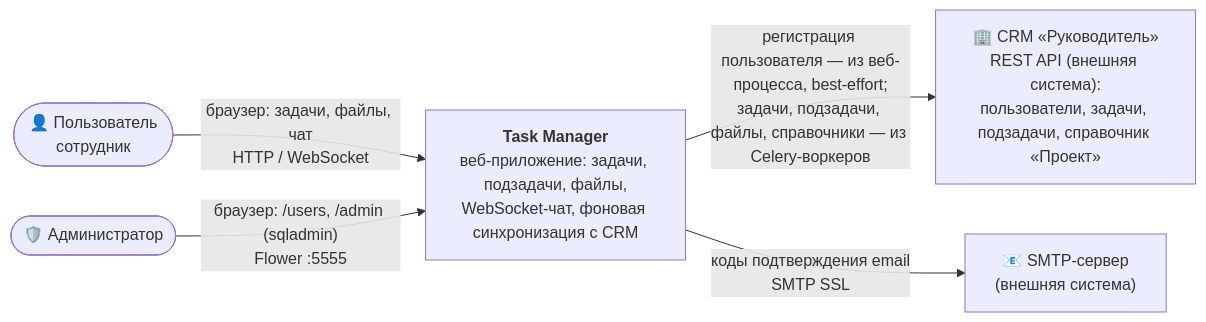
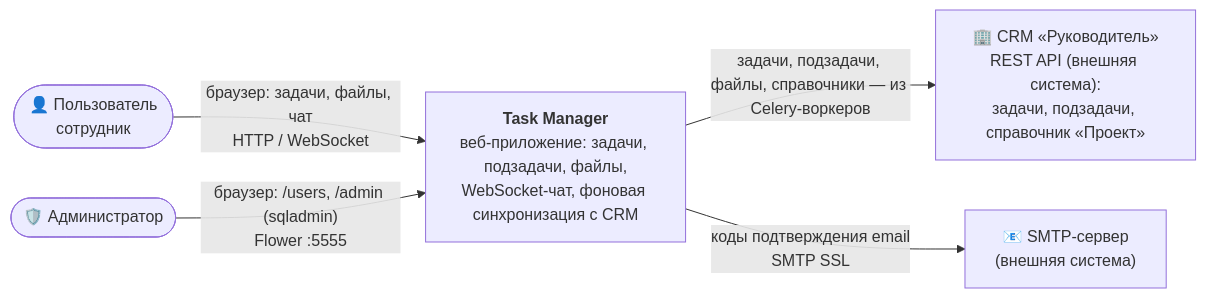
Before and after one commit to bodyauza/task-manager: the first of 7 diagrams in README.md, drawn with Mermaid. The commit also changed other lines of this file and 27 other files, not shown here.

First line of the commit message:
fix(auth,crm-outbox): убрана CRM-регистрация пользователей, устранена гонка обгона событий outbox

````diff
--- a/README.md
+++ b/README.md
@@ -128,13 +123,13 @@
 ```mermaid
 flowchart LR
     user(["👤 Пользователь<br/>сотрудник"])
     admin(["🛡️ Администратор"])
     tm["<b>Task Manager</b><br/>веб-приложение: задачи, подзадачи, файлы,<br/>WebSocket-чат, фоновая синхронизация с CRM"]
-    crm["🏢 CRM «Руководитель»<br/>REST API (внешняя система):<br/>пользователи, задачи, подзадачи, справочник «Проект»"]
+    crm["🏢 CRM «Руководитель»<br/>REST API (внешняя система):<br/>задачи, подзадачи, справочник «Проект»"]
     smtp["📧 SMTP-сервер<br/>(внешняя система)"]
 
     user -->|"браузер: задачи, файлы, чат<br/>HTTP / WebSocket"| tm
     admin -->|"браузер: /users, /admin (sqladmin)<br/>Flower :5555"| tm
-    tm -->|"регистрация пользователя — из веб-процесса, best-effort;<br/>задачи, подзадачи, файлы, справочники — из Celery-воркеров"| crm
+    tm -->|"задачи, подзадачи, файлы, справочники — из Celery-воркеров"| crm
     tm -->|"коды подтверждения email<br/>SMTP SSL"| smtp
 ```
````
